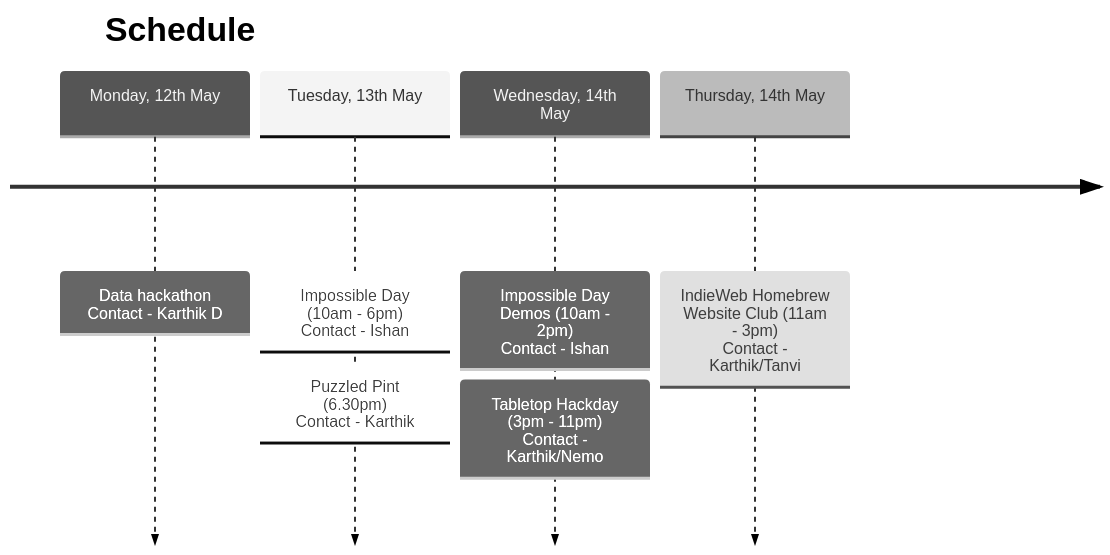
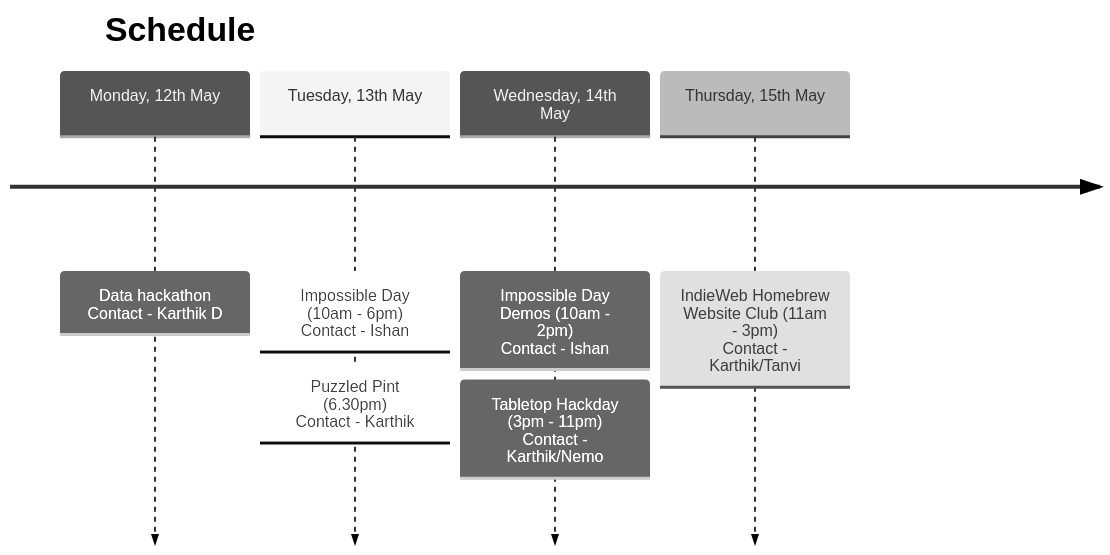
Before and after one commit to karthikb351/recurse-ngw-2025: the diagram in README.md, drawn with Mermaid (neutral theme).

````diff
--- a/README.md
+++ b/README.md
@@ -5,10 +5,10 @@
 ```mermaid
 timeline
     title Schedule
     Monday, 12th May :  Data hackathon <br><br> Contact - Karthik D
     Tuesday, 13th May : Impossible Day (10am - 6pm) <br><br> Contact - Ishan
         : Puzzled Pint <br> (6.30pm) <br><br> Contact - Karthik
     Wednesday, 14th May : Impossible Day Demos (10am - 2pm) <br><br> Contact - Ishan
         : Tabletop Hackday (3pm - 11pm) <br><br> Contact - Karthik/Nemo
-    Thursday, 14th May : IndieWeb Homebrew Website Club (11am - 3pm) <br><br> Contact - Karthik/Tanvi
+    Thursday, 15th May : IndieWeb Homebrew Website Club (11am - 3pm) <br><br> Contact - Karthik/Tanvi
 ```
````
